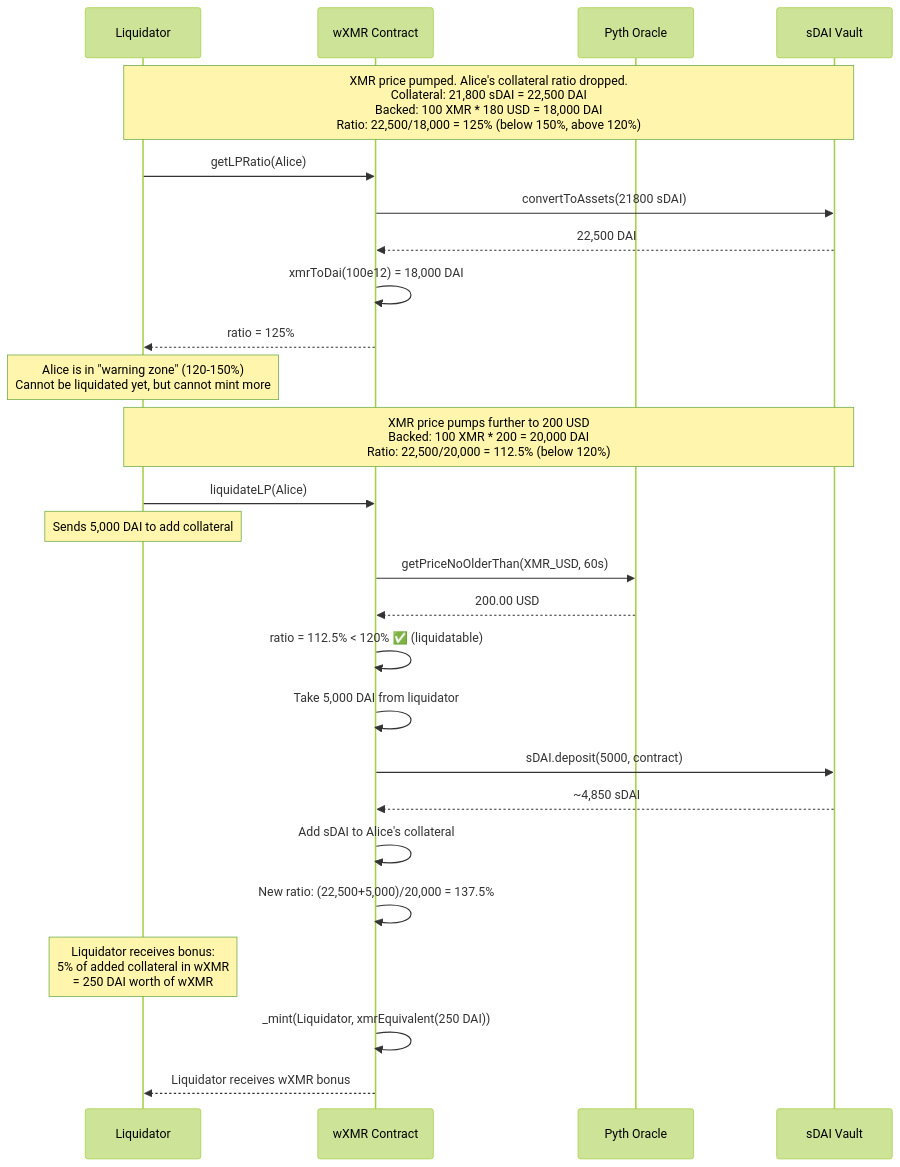
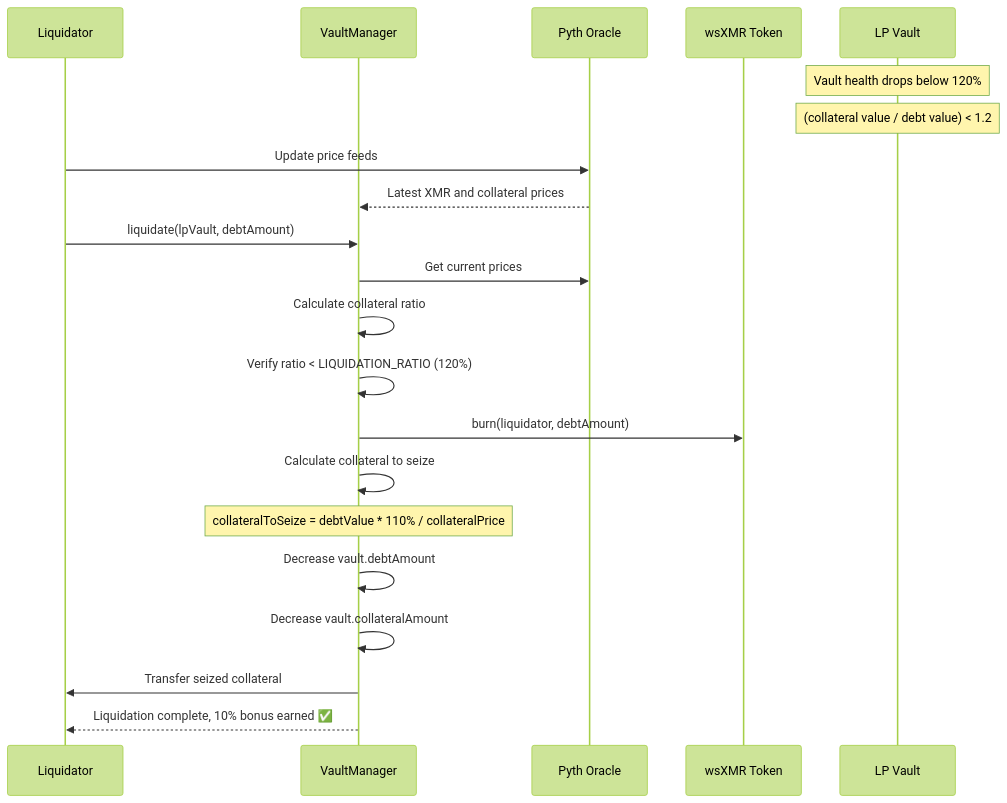
One commit to madschristensen99/wrapsynth changed the fourth of 4 diagrams in SYNTHWRAP.md. Above: the diagram before and after it, drawn with Mermaid (forest theme). The commit also changed other lines of this file and 2 other files, not shown here.

First line of the commit message:
docs: massive architecture overhaul - atomic swaps replace ZK proofs

````diff
--- a/SYNTHWRAP.md
+++ b/SYNTHWRAP.md
@@ -544,38 +254,27 @@
 ```mermaid
 sequenceDiagram
     participant L as Liquidator
-    participant SC as wXMR Contract
+    participant VM as VaultManager
     participant PYTH as Pyth Oracle
-    participant SDAI as sDAI Vault
-
-    Note over L,SDAI: XMR price pumped. Alice's collateral ratio dropped.<br/>Collateral: 21,800 sDAI = 22,500 DAI<br/>Backed: 100 XMR * 180 USD = 18,000 DAI<br/>Ratio: 22,500/18,000 = 125% (below 150%, above 120%)
-
-    L->>SC: getLPRatio(Alice)
-    SC->>SDAI: convertToAssets(21800 sDAI)
-    SDAI-->>SC: 22,500 DAI
-    SC->>SC: xmrToDai(100e12) = 18,000 DAI
-    SC-->>L: ratio = 125%
-
-    Note over L: Alice is in "warning zone" (120-150%)<br/>Cannot be liquidated yet, but cannot mint more
-
-    Note over L,SDAI: XMR price pumps further to 200 USD<br/>Backed: 100 XMR * 200 = 20,000 DAI<br/>Ratio: 22,500/20,000 = 112.5% (below 120%)
-
-    L->>SC: liquidateLP(Alice)
-    Note over L: Sends 5,000 DAI to add collateral
-
-    SC->>PYTH: getPriceNoOlderThan(XMR_USD, 60s)
-    PYTH-->>SC: 200.00 USD
-
-    SC->>SC: ratio = 112.5% < 120% ✅ (liquidatable)
-    SC->>SC: Take 5,000 DAI from liquidator
-    SC->>SDAI: sDAI.deposit(5000, contract)
-    SDAI-->>SC: ~4,850 sDAI
-
-    SC->>SC: Add sDAI to Alice's collateral
-    SC->>SC: New ratio: (22,500+5,000)/20,000 = 137.5%
-
-    Note over L: Liquidator receives bonus:<br/>5% of added collateral in wXMR<br/>= 250 DAI worth of wXMR
-
-    SC->>SC: _mint(Liquidator, xmrEquivalent(250 DAI))
-    SC-->>L: Liquidator receives wXMR bonus
+    participant WSXMR as wsXMR Token
+    participant LP as LP Vault
+    
+    Note over LP: Vault health drops below 120%
+    Note over LP: (collateral value / debt value) < 1.2
+    
+    L->>PYTH: Update price feeds
+    PYTH-->>VM: Latest XMR and collateral prices
+    
+    L->>VM: liquidate(lpVault, debtAmount)
+    VM->>PYTH: Get current prices
+    VM->>VM: Calculate collateral ratio
+    VM->>VM: Verify ratio < LIQUIDATION_RATIO (120%)
+    
+    VM->>WSXMR: burn(liquidator, debtAmount)
+    VM->>VM: Calculate collateral to seize
+    Note over VM: collateralToSeize = debtValue * 110% / collateralPrice
+    VM->>VM: Decrease vault.debtAmount
+    VM->>VM: Decrease vault.collateralAmount
+    VM->>L: Transfer seized collateral
+    VM-->>L: Liquidation complete, 10% bonus earned ✅
 ```
````
